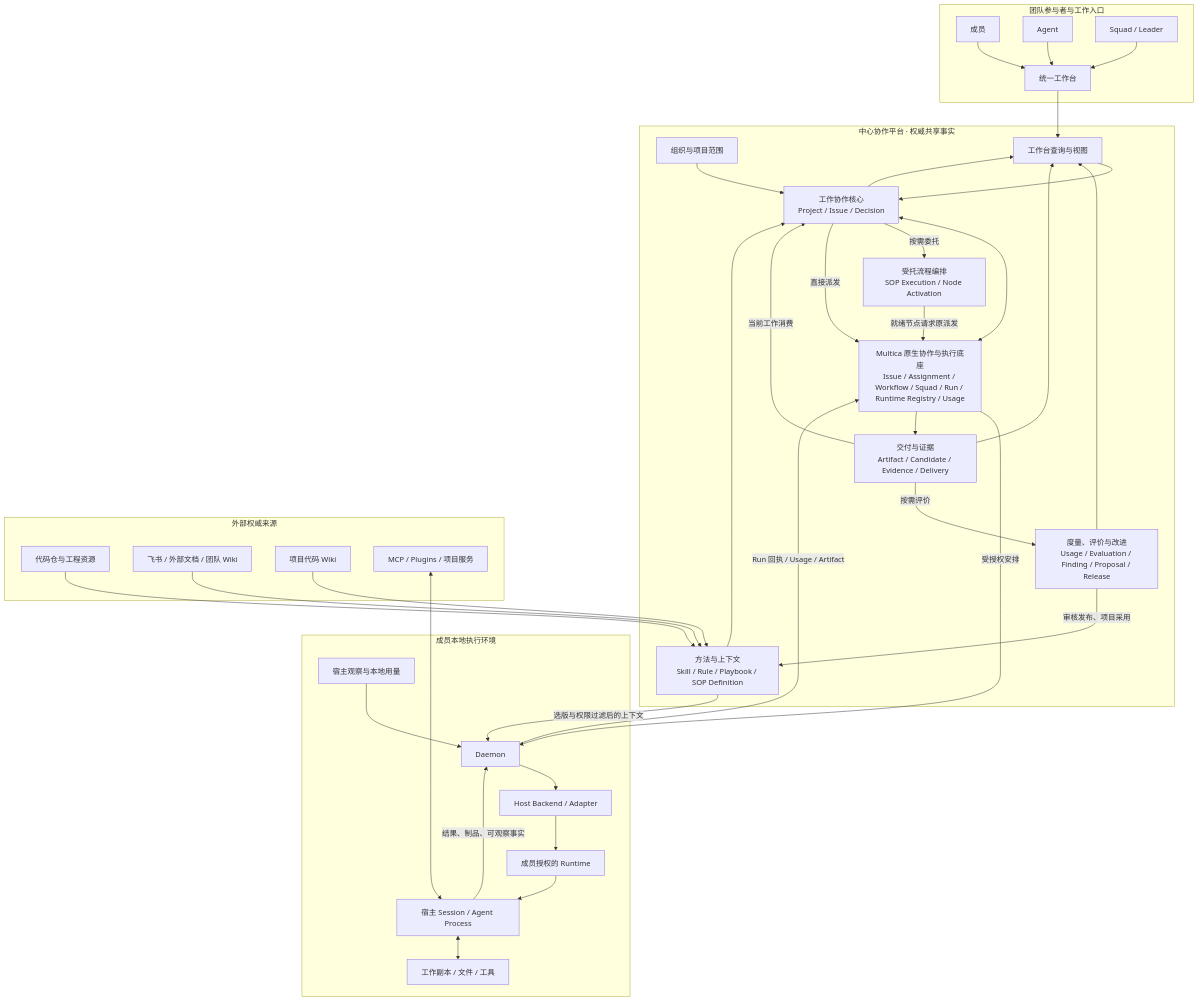
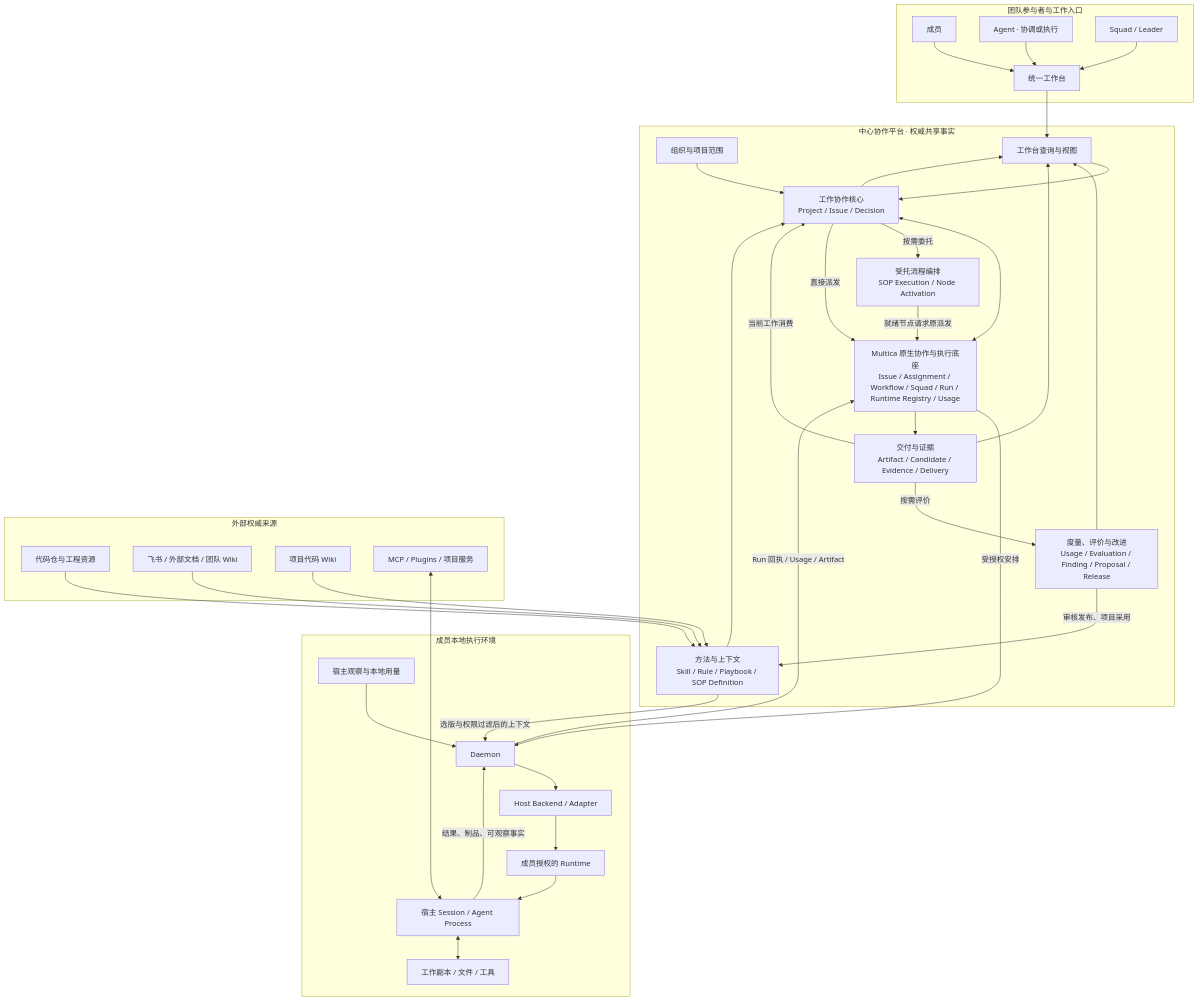
Before and after one commit to ScWen7/Issues: the first of 7 diagrams in docs/architecture/system-architecture.md, drawn with Mermaid. The commit also changed other lines of this file and 11 other files, not shown here.

```diff
--- a/docs/architecture/system-architecture.md
+++ b/docs/architecture/system-architecture.md
@@ -19,62 +19,62 @@
 ~~~mermaid
 flowchart TB
   subgraph People["团队参与者与工作入口"]
     Member["成员"]
-    Agent["Agent"]
+    Agent["Agent · 协调或执行"]
     Squad["Squad / Leader"]
     UI["统一工作台"]
   end
   subgraph Center["中心协作平台 · 权威共享事实"]
     Org["组织与项目范围"]
     Work["工作协作核心<br/>Project / Issue / Decision"]
     Method["方法与上下文<br/>Skill / Rule / Playbook / SOP Definition"]
     Flow["受托流程编排<br/>SOP Execution / Node Activation"]
     Delivery["交付与证据<br/>Artifact / Candidate / Evidence / Delivery"]
     Insight["度量、评价与改进<br/>Usage / Evaluation / Finding / Proposal / Release"]
     Read["工作台查询与视图"]
     Multica["Multica 原生协作与执行底座<br/>Issue / Assignment / Workflow / Squad / Run / Runtime Registry / Usage"]
   end
   subgraph Local["成员本地执行环境"]
     Daemon["Daemon"]
     Adapter["Host Backend / Adapter"]
     Runtime["成员授权的 Runtime"]
     Session["宿主 Session / Agent Process"]
     Workspace["工作副本 / 文件 / 工具"]
     Observation["宿主观察与本地用量"]
   end
   subgraph Sources["外部权威来源"]
     Repo["代码仓与工程资源"]
     Docs["飞书 / 外部文档 / 团队 Wiki"]
     CodeWiki["项目代码 Wiki"]
     Tools["MCP / Plugins / 项目服务"]
   end
   Member --> UI
   Agent --> UI
   Squad --> UI
   UI --> Read
   Read --> Work
   Org --> Work
   Work <--> Multica
   Method --> Work
   Work -->|"按需委托"| Flow
   Flow -->|"就绪节点请求原派发"| Multica
   Work -->|"直接派发"| Multica
   Multica -->|"受授权安排"| Daemon
   Daemon --> Adapter --> Runtime --> Session
   Session <--> Workspace
   Tools <--> Session
   Repo --> Method
   Docs --> Method
   CodeWiki --> Method
   Method -->|"选版与权限过滤后的上下文"| Daemon
   Session -->|"结果、制品、可观察事实"| Daemon
   Observation --> Daemon
   Daemon -->|"Run 回执 / Usage / Artifact"| Multica
   Multica --> Delivery
   Delivery -->|"当前工作消费"| Work
   Delivery -->|"按需评价"| Insight
   Insight -->|"审核发布、项目采用"| Method
   Insight --> Read
   Delivery --> Read
   Work --> Read
 ~~~
```
